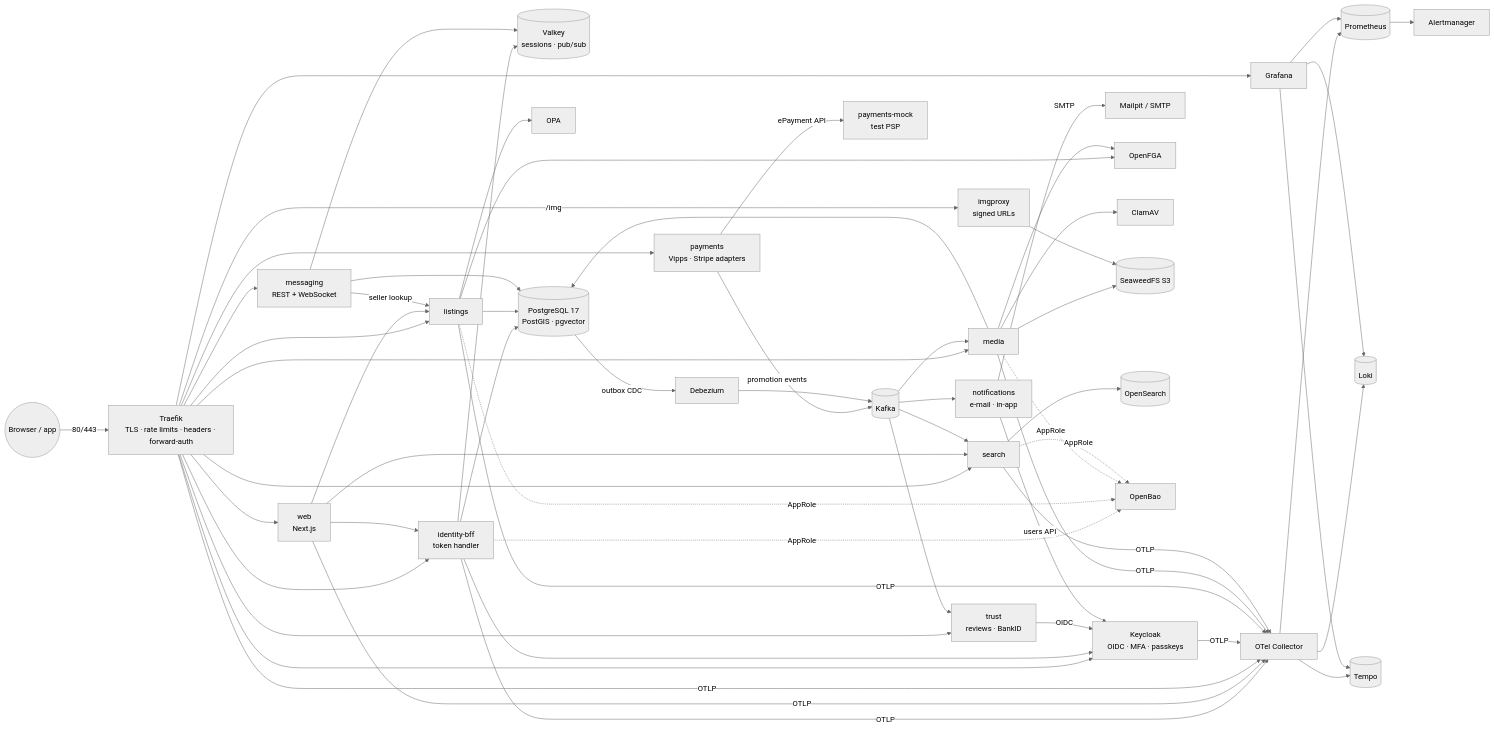
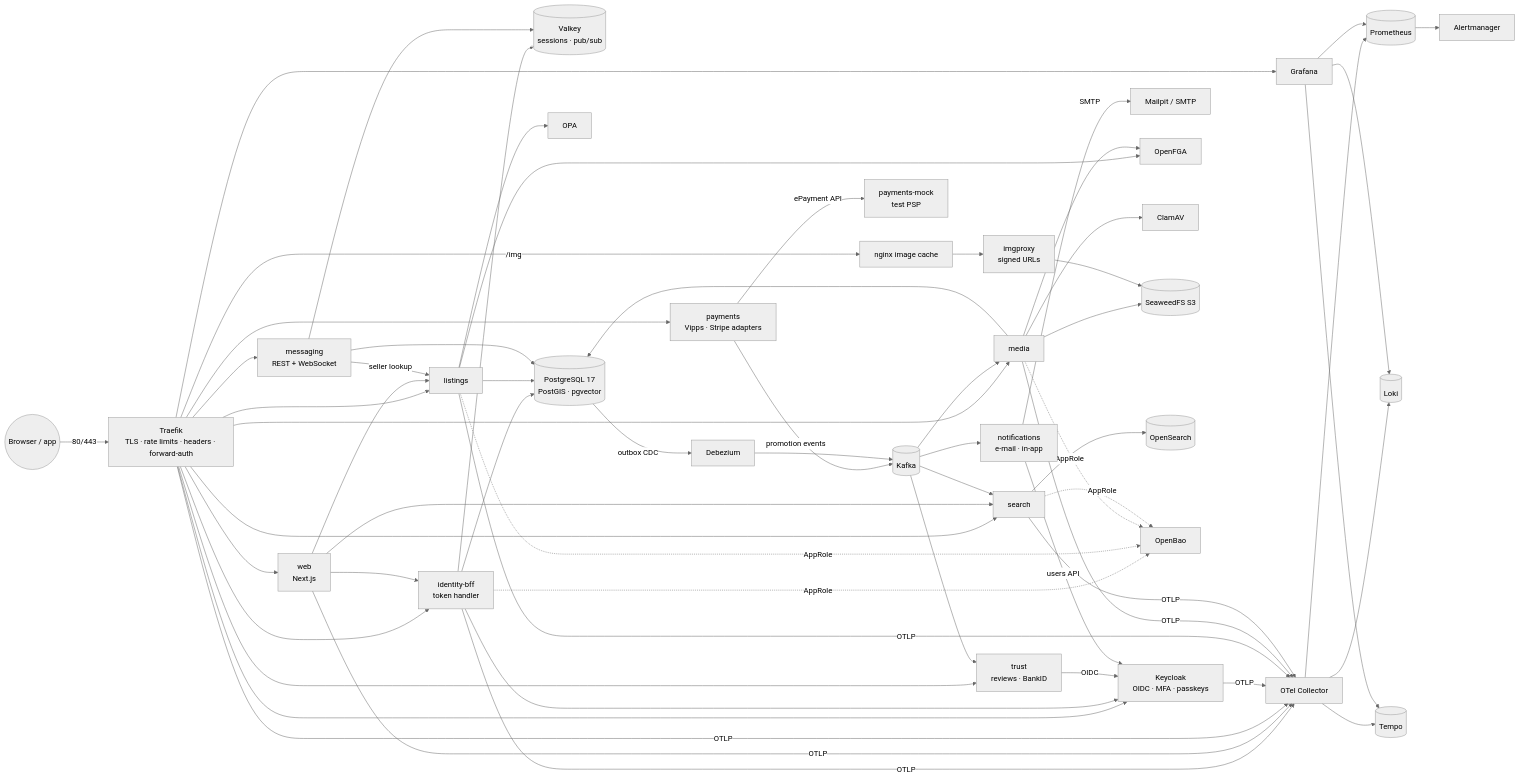
The diagram in README.md (Jibsta91/raadiso), drawn with Mermaid (neutral theme) before and after one commit. The commit also changed other lines of this file and 26 other files, not shown here.

First line of the commit message:
Speed on the server: image cache, conditional GETs, short search cache (ADR-0059) (#59)

````diff
--- a/README.md
+++ b/README.md
@@ -54,36 +54,36 @@
 ```mermaid
 flowchart LR
   U((Browser / app)) -->|80/443| T[Traefik<br/>TLS · rate limits · headers · forward-auth]
   T --> W[web<br/>Next.js]
   T --> B[identity-bff<br/>token handler]
   T --> LS[listings] & SE[search] & ME[media] & MS[messaging<br/>REST + WebSocket] & TR
-  T -->|/img| IP[imgproxy<br/>signed URLs]
+  T -->|/img| IC[nginx image cache] --> IP[imgproxy<br/>signed URLs]
   T --> K[Keycloak<br/>OIDC · MFA · passkeys]
   T --> G[Grafana]
   W --> B & SE & LS
   B --> K
   B --> V[(Valkey<br/>sessions · pub/sub)]
   MS --> V
   KA --> NO[notifications<br/>e-mail · in-app]
   KA --> TR[trust<br/>reviews · BankID]
   T --> PA[payments<br/>Vipps · Stripe adapters]
   PA -->|ePayment API| PM[payments-mock<br/>test PSP]
   PA -->|promotion events| KA
   TR -->|OIDC| K
   NO -->|SMTP| ML[Mailpit / SMTP]
   NO -->|users API| K
   MS -->|seller lookup| LS
   B & LS & ME & MS --> P[(PostgreSQL 17<br/>PostGIS · pgvector)]
   LS & ME --> FGA[OpenFGA]
   LS --> OPA[OPA]
   ME --> AV[ClamAV] & S3[(SeaweedFS S3)]
   IP --> S3
   P -->|outbox CDC| DBZ[Debezium] --> KA[(Kafka)]
   KA --> SE & ME
   SE --> OS[(OpenSearch)]
   B & LS & ME & SE -.->|AppRole| O[OpenBao]
   B & W & T & K & LS & ME & SE -->|OTLP| C[OTel Collector]
   C --> PR[(Prometheus)] & L[(Loki)] & TE[(Tempo)]
   PR --> AM[Alertmanager]
   G --> PR & L & TE
 ```
````
